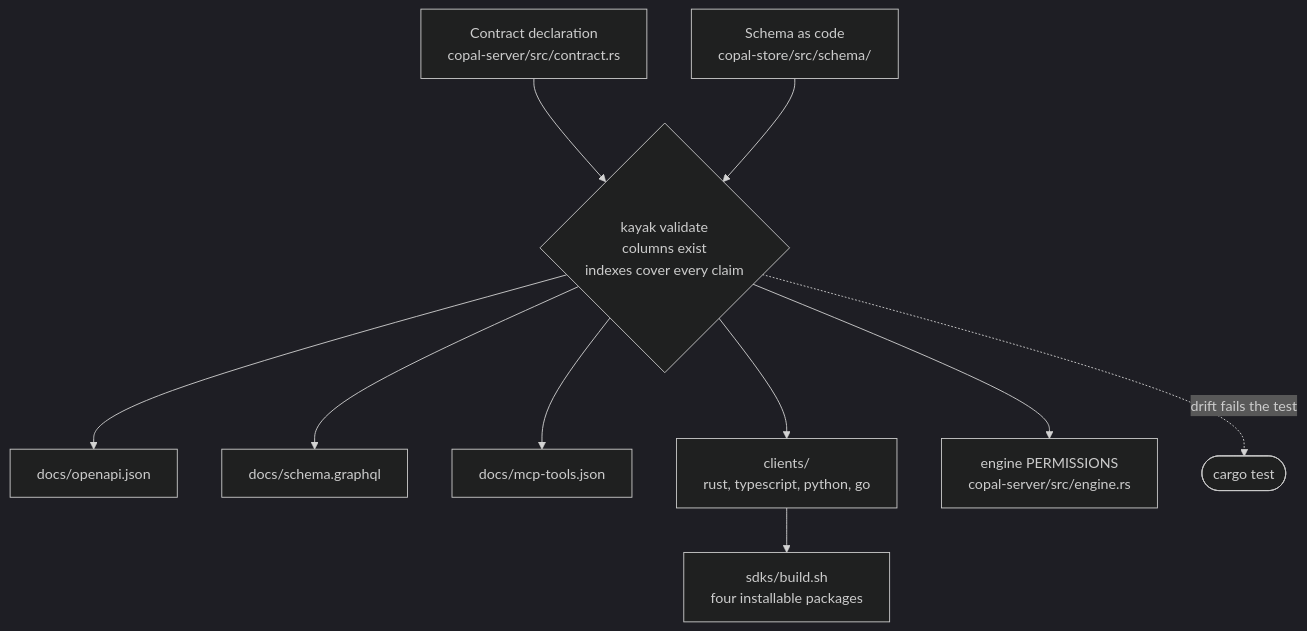
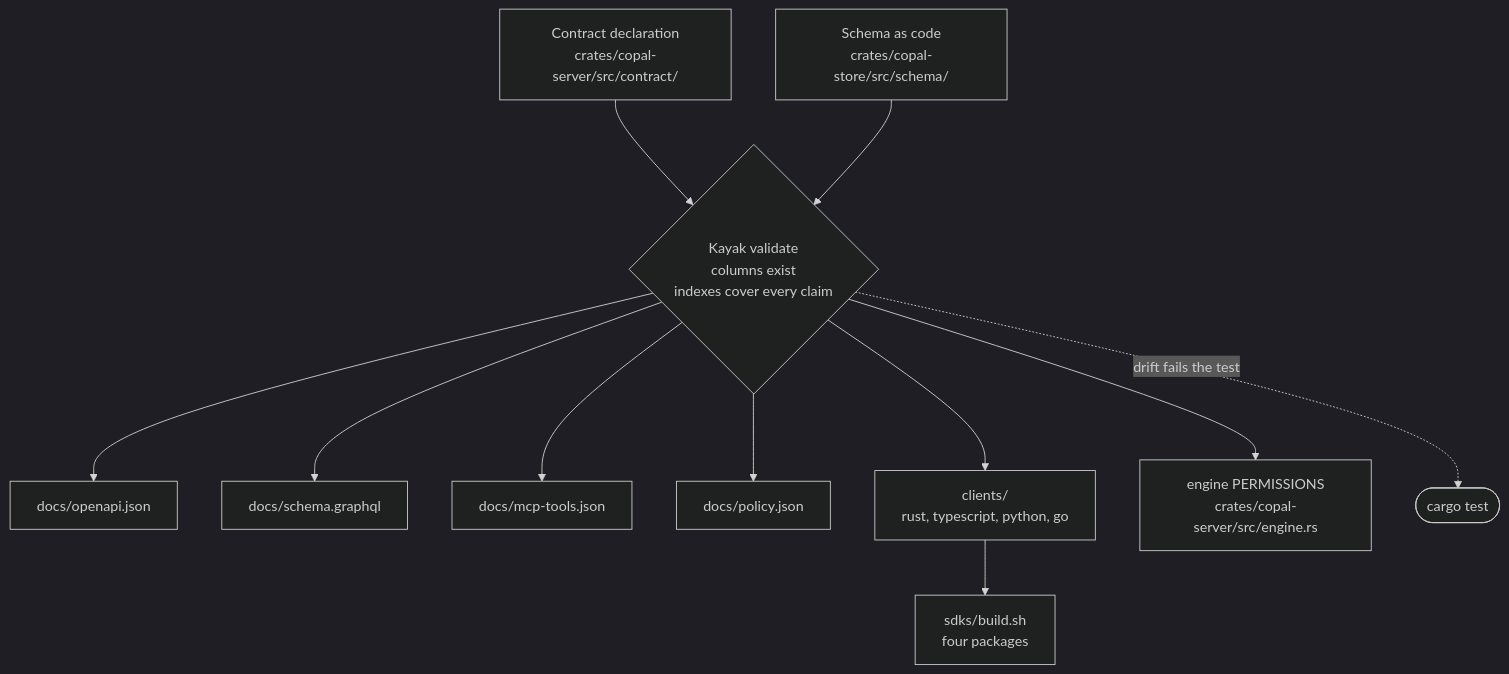
Before and after one commit to Oneiriq/copal: the first of 4 diagrams in docs/architecture.md, drawn with Mermaid (dark theme). The commit also changed other lines of this file and 33 other files, not shown here.

````diff
--- a/docs/architecture.md
+++ b/docs/architecture.md
@@ -28,18 +31,19 @@
 ```mermaid
 flowchart TB
-    contract["Contract declaration<br/>copal-server/src/contract.rs"]
-    schema["Schema as code<br/>copal-store/src/schema/"]
-    validate{"kayak validate<br/>columns exist<br/>indexes cover every claim"}
+    contract["Contract declaration<br/>crates/copal-server/src/contract/"]
+    schema["Schema as code<br/>crates/copal-store/src/schema/"]
+    validate{"Kayak validate<br/>columns exist<br/>indexes cover every claim"}
 
     contract --> validate
     schema --> validate
 
     validate --> openapi["docs/openapi.json"]
     validate --> sdl["docs/schema.graphql"]
     validate --> manifest["docs/mcp-tools.json"]
+    validate --> policy["docs/policy.json"]
     validate --> clients["clients/<br/>rust, typescript, python, go"]
-    validate --> guards["engine PERMISSIONS<br/>copal-server/src/engine.rs"]
-    clients --> sdks["sdks/build.sh<br/>four installable packages"]
+    validate --> guards["engine PERMISSIONS<br/>crates/copal-server/src/engine.rs"]
+    clients --> sdks["sdks/build.sh<br/>four packages"]
 
     validate -.->|"drift fails the test"| gate(["cargo test"])
 ```
````
